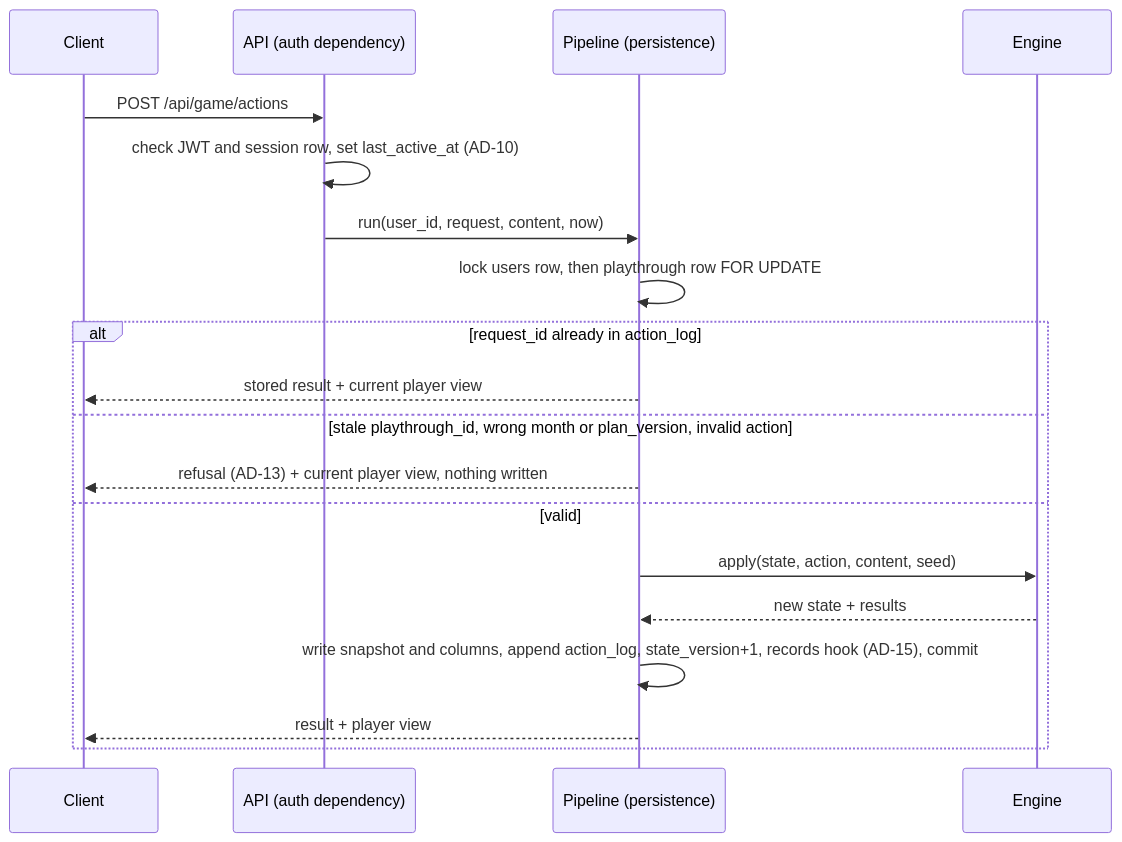
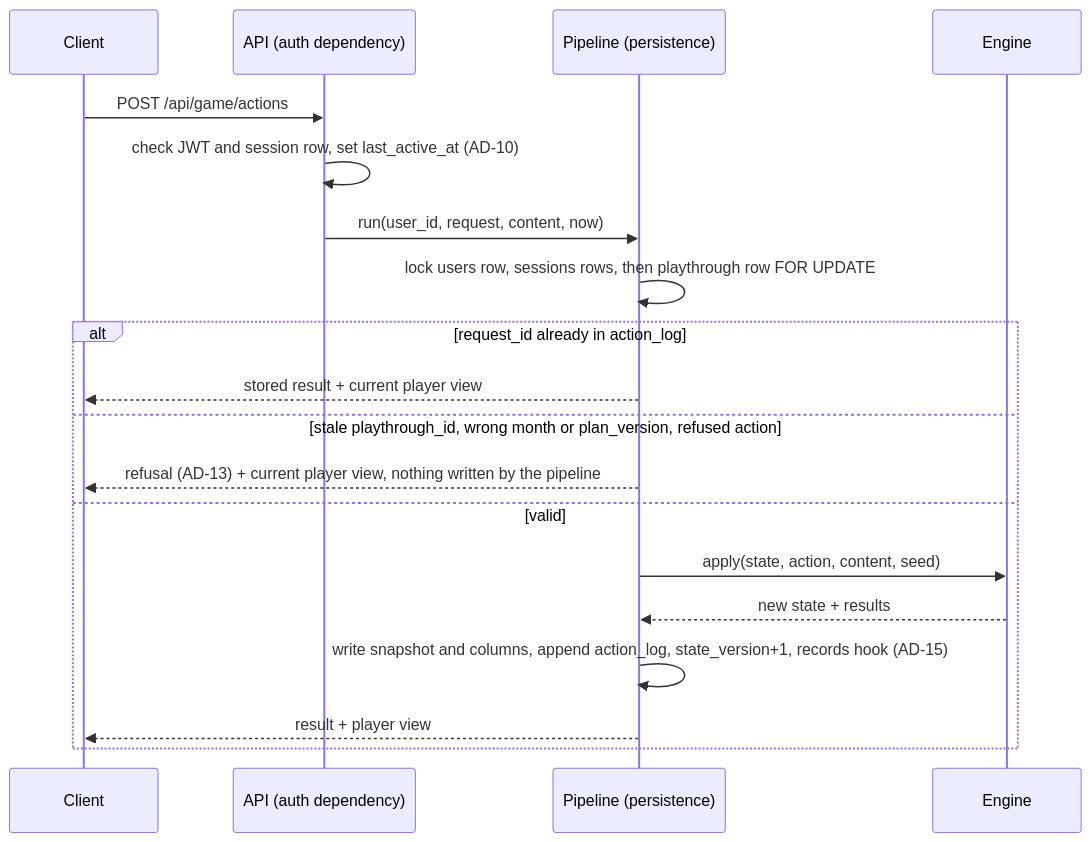
The second of 4 diagrams in .docs/planning-artifacts/architecture/architecture-IBE160-G13-2026-11-09/ARCHITECTURE-SPINE.md (IBE160-2026/G13-dahl-eggen-naess-ring), drawn with Mermaid before and after one commit. The commit also changed other lines of this file and 15 other files, not shown here.

First line of the commit message:
Arkitektur: valideringsfunnene er rullet inn i spinen (#120)

````diff
--- a/.docs/planning-artifacts/architecture/architecture-IBE160-G13-2026-11-09/ARCHITECTURE-SPINE.md
+++ b/.docs/planning-artifacts/architecture/architecture-IBE160-G13-2026-11-09/ARCHITECTURE-SPINE.md
@@ -96,21 +98,21 @@
 ```mermaid
 sequenceDiagram
     participant C as Client
     participant A as API (auth dependency)
     participant P as Pipeline (persistence)
     participant E as Engine
     C->>A: POST /api/game/actions
     A->>A: check JWT and session row, set last_active_at (AD-10)
     A->>P: run(user_id, request, content, now)
-    P->>P: lock users row, then playthrough row FOR UPDATE
+    P->>P: lock users row, sessions rows, then playthrough row FOR UPDATE
     alt request_id already in action_log
         P-->>C: stored result + current player view
-    else stale playthrough_id, wrong month or plan_version, invalid action
-        P-->>C: refusal (AD-13) + current player view, nothing written
+    else stale playthrough_id, wrong month or plan_version, refused action
+        P-->>C: refusal (AD-13) + current player view, nothing written by the pipeline
     else valid
         P->>E: apply(state, action, content, seed)
         E-->>P: new state + results
-        P->>P: write snapshot and columns, append action_log, state_version+1, records hook (AD-15), commit
+        P->>P: write snapshot and columns, append action_log, state_version+1, records hook (AD-15)
         P-->>C: result + player view
     end
 ```
````
